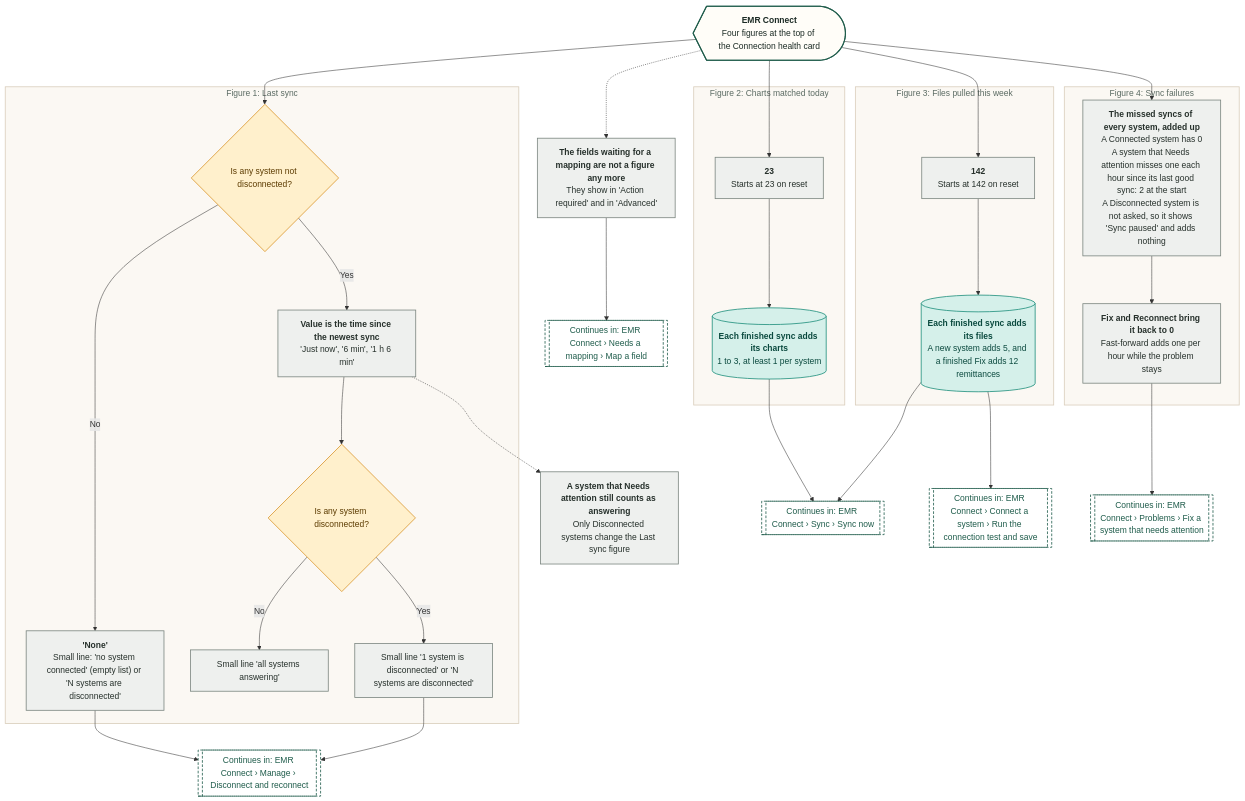
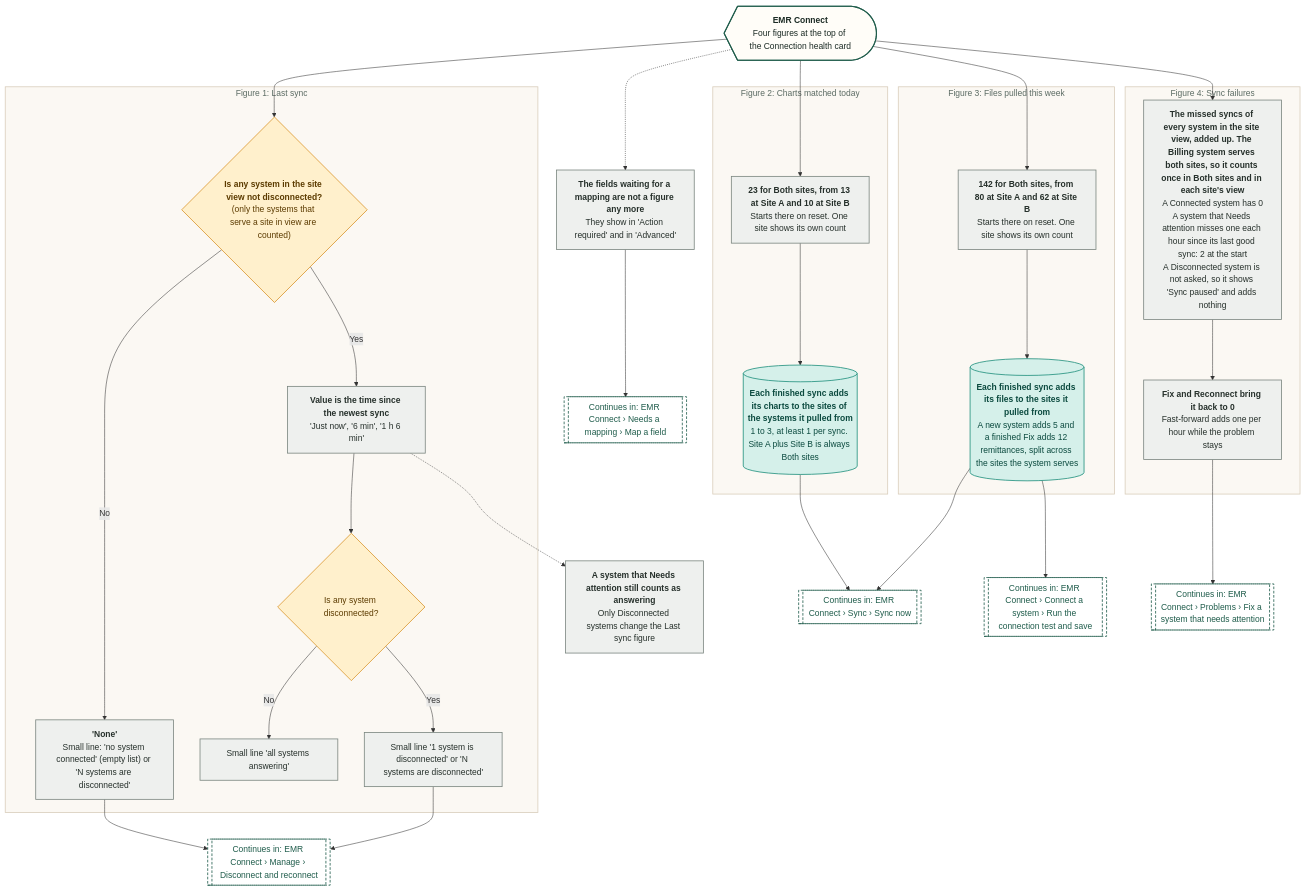
One commit to Shrav143/psyfloapp changed the third of 21 diagrams in demos/prior-auth-demo/workflows/out/md/09-emr-connect.md. Above: the diagram before and after it, drawn with Mermaid. The commit also changed other lines of this file and 251 other files, not shown here.

First line of the commit message:
docs: rebuild the workflow diagrams (291) for round 4

````diff
--- a/demos/prior-auth-demo/workflows/out/md/09-emr-connect.md
+++ b/demos/prior-auth-demo/workflows/out/md/09-emr-connect.md
@@ -116,71 +198,71 @@
 ```mermaid
 %%{init: {"theme":"base","themeVariables":{"fontFamily":"'DM Sans', 'Segoe UI', system-ui, sans-serif","fontSize":"15px","lineColor":"#5B6B63","primaryTextColor":"#1C2B25","clusterBkg":"#FBF8F3","clusterBorder":"#D9CDBB","edgeLabelBackground":"#FFFFFF"},"flowchart":{"curve":"basis","nodeSpacing":36,"rankSpacing":48,"padding":12,"htmlLabels":true,"useMaxWidth":false,"wrappingWidth":230}} }%%
 flowchart TD
   classDef k_start fill:#1F5C4B,stroke:#174638,color:#FFFFFF,stroke-width:1.5px,font-weight:600
   classDef k_end fill:#DDEFE3,stroke:#2E7D4F,color:#14502F,stroke-width:1.5px,font-weight:600
   classDef k_endx fill:#FBE3E0,stroke:#C0392B,color:#7A1F16,stroke-width:1.5px,font-weight:600
   classDef k_screen fill:#FFFDF8,stroke:#1F5C4B,color:#1C2B25,stroke-width:2px
   classDef k_overlay fill:#F1F7F3,stroke:#1F5C4B,color:#1C2B25,stroke-width:2px,stroke-dasharray:5 3
   classDef k_click fill:#DCEBFA,stroke:#2F6DB5,color:#12365F,stroke-width:1.5px
   classDef k_input fill:#E4E7FF,stroke:#4C5FD5,color:#1D2670,stroke-width:1.5px
   classDef k_process fill:#EEF0EE,stroke:#7A857F,color:#26302B,stroke-width:1.5px
   classDef k_agent fill:#EEE5FA,stroke:#7A4FC2,color:#341A63,stroke-width:1.5px
   classDef k_decision fill:#FFF0CC,stroke:#D9962B,color:#5C3B00,stroke-width:1.5px
   classDef k_store fill:#D5F0EA,stroke:#1C8E7B,color:#0B4A3F,stroke-width:1.5px
   classDef k_doc fill:#F6E9DC,stroke:#B07A4C,color:#4A2E14,stroke-width:1.5px
   classDef k_ext fill:#FFE6D2,stroke:#E07B39,color:#6B2F06,stroke-width:1.5px
   classDef k_wait fill:#E4E8EE,stroke:#6B7C93,color:#26303D,stroke-width:1.5px
   classDef k_toast fill:#FFF9DB,stroke:#C9A400,color:#5A4A00,stroke-width:1.5px
   classDef k_goto fill:#FFFFFF,stroke:#1F5C4B,color:#1F5C4B,stroke-width:1.5px,stroke-dasharray:5 3
   p1@{ shape: curv-trap, label: "<b>EMR Connect</b><br/>Four figures at the top of the Connection health card" }
   subgraph gSync ["Figure 1: Last sync"]
-  q1@{ shape: diam, label: "Is any system not disconnected?" }
+  q1@{ shape: diam, label: "<b>Is any system in the site view not disconnected?</b><br/>(only the systems that serve a site in view are counted)" }
   a1@{ shape: rect, label: "<b>'None'</b><br/>Small line: 'no system connected' (empty list) or 'N systems are disconnected'" }
   a2@{ shape: rect, label: "<b>Value is the time since the newest sync</b><br/>'Just now', '6 min', '1 h 6 min'" }
   q2@{ shape: diam, label: "Is any system disconnected?" }
   a3@{ shape: rect, label: "Small line 'all systems answering'" }
   a4@{ shape: rect, label: "Small line '1 system is disconnected' or 'N systems are disconnected'" }
   end
   subgraph gCharts ["Figure 2: Charts matched today"]
-  b1@{ shape: rect, label: "<b>23</b><br/>Starts at 23 on reset" }
-  b2@{ shape: cyl, label: "<b>Each finished sync adds its charts</b><br/>1 to 3, at least 1 per system" }
+  b1@{ shape: rect, label: "<b>23 for Both sites, from 13 at Site A and 10 at Site B</b><br/>Starts there on reset. One site shows its own count" }
+  b2@{ shape: cyl, label: "<b>Each finished sync adds its charts to the sites of the systems it pulled from</b><br/>1 to 3, at least 1 per sync. Site A plus Site B is always Both sites" }
   end
   subgraph gFiles ["Figure 3: Files pulled this week"]
-  c1@{ shape: rect, label: "<b>142</b><br/>Starts at 142 on reset" }
-  c2@{ shape: cyl, label: "<b>Each finished sync adds its files</b><br/>A new system adds 5, and a finished Fix adds 12 remittances" }
+  c1@{ shape: rect, label: "<b>142 for Both sites, from 80 at Site A and 62 at Site B</b><br/>Starts there on reset. One site shows its own count" }
+  c2@{ shape: cyl, label: "<b>Each finished sync adds its files to the sites it pulled from</b><br/>A new system adds 5 and a finished Fix adds 12 remittances, split across the sites the system serves" }
   end
   subgraph gFail ["Figure 4: Sync failures"]
-  d1@{ shape: rect, label: "<b>The missed syncs of every system, added up</b><br/>A Connected system has 0<br/>A system that Needs attention misses one each hour since its last good sync: 2 at the start<br/>A Disconnected system is not asked, so it shows 'Sync paused' and adds nothing" }
+  d1@{ shape: rect, label: "<b>The missed syncs of every system in the site view, added up. The Billing system serves both sites, so it counts once in Both sites and in each site's view</b><br/>A Connected system has 0<br/>A system that Needs attention misses one each hour since its last good sync: 2 at the start<br/>A Disconnected system is not asked, so it shows 'Sync paused' and adds nothing" }
   d2@{ shape: rect, label: "<b>Fix and Reconnect bring it back to 0</b><br/>Fast-forward adds one per hour while the problem stays" }
   end
   n1@{ shape: rect, label: "<b>A system that Needs attention still counts as answering</b><br/>Only Disconnected systems change the Last sync figure" }
   n3@{ shape: rect, label: "<b>The fields waiting for a mapping are not a figure any more</b><br/>They show in 'Action required' and in 'Advanced'" }
   g1@{ shape: subproc, label: "Continues in: EMR Connect › Sync › Sync now" }
   g2@{ shape: subproc, label: "Continues in: EMR Connect › Connect a system › Run the connection test and save" }
   g3@{ shape: subproc, label: "Continues in: EMR Connect › Needs a mapping › Map a field" }
   g4@{ shape: subproc, label: "Continues in: EMR Connect › Manage › Disconnect and reconnect" }
   g5@{ shape: subproc, label: "Continues in: EMR Connect › Problems › Fix a system that needs attention" }
   p1 --> q1 & b1 & c1 & d1
   q1 -->|"No"| a1
   q1 -->|"Yes"| a2 --> q2
   q2 -->|"No"| a3
   q2 -->|"Yes"| a4
   a2 -.-> n1
   a1 --> g4
   a4 --> g4
   b1 --> b2 --> g1
   c1 --> c2
   c2 --> g1
   c2 --> g2
   d1 --> d2 --> g5
   p1 -.-> n3 --> g3
   class p1 k_screen
   class q1,q2 k_decision
   class a1,a2,a3,a4,b1,c1,d1,d2,n1,n3 k_process
   class b2,c2 k_store
   class g1,g2,g3,g4,g5 k_goto
   style gSync fill:#FBF8F3,stroke:#D9CDBB,stroke-width:1.5px,color:#5B6B63
   style gCharts fill:#FBF8F3,stroke:#D9CDBB,stroke-width:1.5px,color:#5B6B63
   style gFiles fill:#FBF8F3,stroke:#D9CDBB,stroke-width:1.5px,color:#5B6B63
   style gFail fill:#FBF8F3,stroke:#D9CDBB,stroke-width:1.5px,color:#5B6B63
 ```
````
